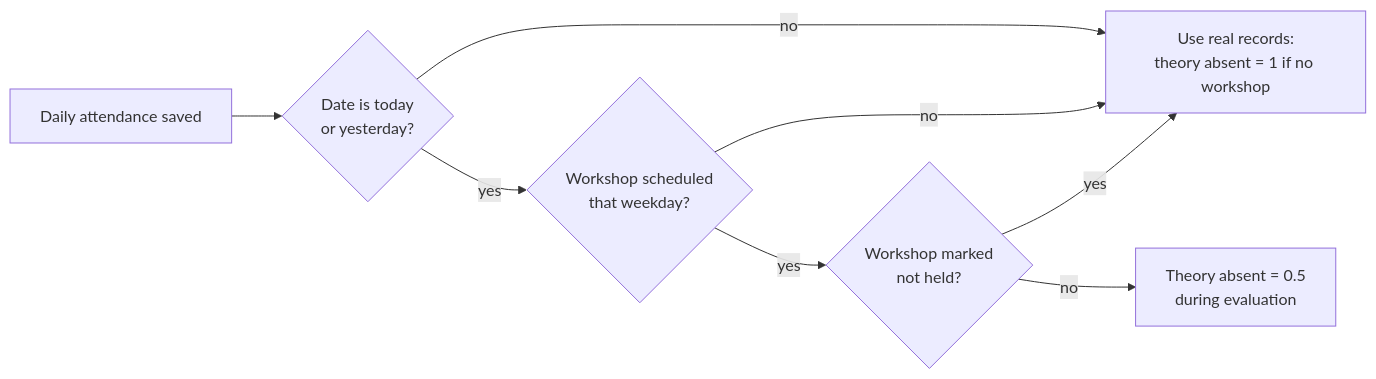
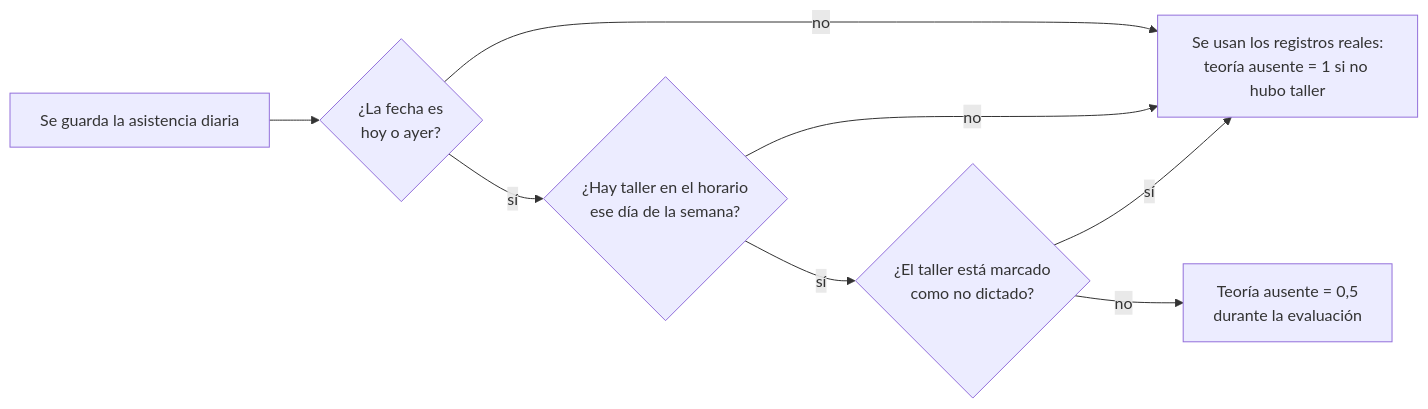
Before and after one commit to ianespinillo/vir-ttend: the second of 2 diagrams in docs/attendance-absence-weights.md, drawn with Mermaid. The commit also changed other lines of this file and 1 other file, not shown here.

````diff
--- a/docs/attendance-absence-weights.md
+++ b/docs/attendance-absence-weights.md
@@ -90,10 +96,10 @@
 ```mermaid
 flowchart LR
-    save[Daily attendance saved] --> recent{Date is today<br/>or yesterday?}
-    recent -- no --> real[Use real records:<br/>theory absent = 1 if no workshop]
-    recent -- yes --> sched{Workshop scheduled<br/>that weekday?}
+    save[Se guarda la asistencia diaria] --> recent{¿La fecha es<br/>hoy o ayer?}
+    recent -- no --> real[Se usan los registros reales:<br/>teoría ausente = 1 si no hubo taller]
+    recent -- sí --> sched{¿Hay taller en el horario<br/>ese día de la semana?}
     sched -- no --> real
-    sched -- yes --> marked{Workshop marked<br/>not held?}
-    marked -- yes --> real
-    marked -- no --> half[Theory absent = 0.5<br/>during evaluation]
+    sched -- sí --> marked{¿El taller está marcado<br/>como no dictado?}
+    marked -- sí --> real
+    marked -- no --> half[Teoría ausente = 0,5<br/>durante la evaluación]
 ```
````
